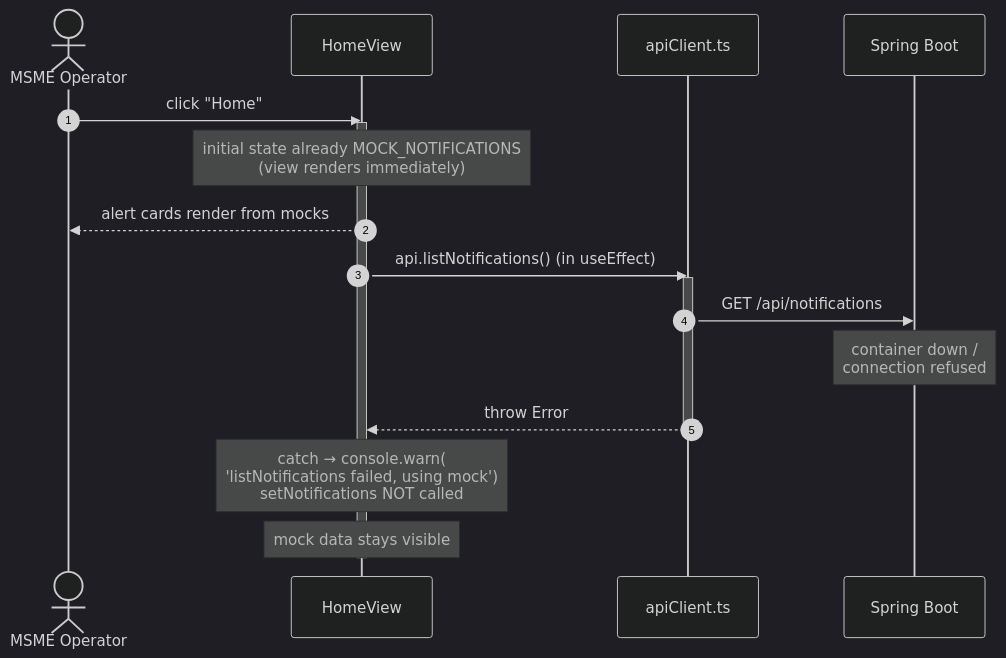
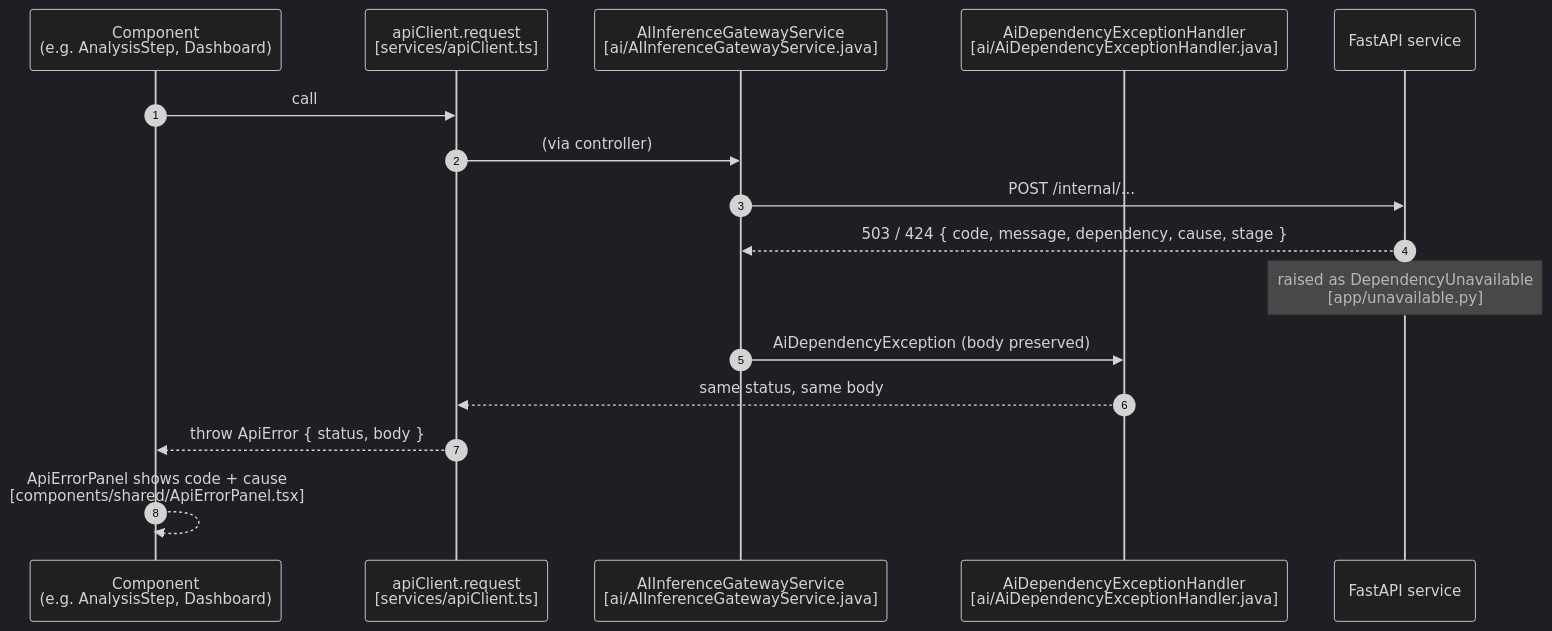
One commit to SherieHub/CeView changed the eighth of 8 diagrams in ARCHITECTURE.md. Above: the diagram before and after it, drawn with Mermaid (dark theme). The commit also changed other lines of this file and 38 other files, not shown here.

````diff
--- a/ARCHITECTURE.md
+++ b/ARCHITECTURE.md
@@ -363,22 +295,19 @@
 ```mermaid
 sequenceDiagram
     autonumber
-    actor U as MSME Operator
-    participant H as HomeView
-    participant API as apiClient.ts
-    participant SC as Spring Boot
+    participant UI as Component<br/>(e.g. AnalysisStep, Dashboard)
+    participant API as apiClient.request<br/>[services/apiClient.ts]
+    participant GW as AIInferenceGatewayService<br/>[ai/AIInferenceGatewayService.java]
+    participant H as AiDependencyExceptionHandler<br/>[ai/AiDependencyExceptionHandler.java]
+    participant PY as FastAPI service
 
-    U->>H: click "Home"
-    activate H
-    Note over H: initial state already MOCK_NOTIFICATIONS<br/>(view renders immediately)
-    H-->>U: alert cards render from mocks
-    H->>API: api.listNotifications()  (in useEffect)
-    activate API
-    API->>SC: GET /api/notifications
-    Note over SC: container down /<br/>connection refused
-    API-->>H: throw Error
-    deactivate API
-    Note over H: catch → console.warn(<br/>  'listNotifications failed, using mock')<br/>setNotifications NOT called
-    Note over H: mock data stays visible
-    deactivate H
+    UI->>API: call
+    API->>GW: (via controller)
+    GW->>PY: POST /internal/...
+    PY-->>GW: 503 / 424 { code, message, dependency, cause, stage }
+    Note over PY: raised as DependencyUnavailable<br/>[app/unavailable.py]
+    GW->>H: AiDependencyException (body preserved)
+    H-->>API: same status, same body
+    API-->>UI: throw ApiError { status, body }
+    UI-->>UI: ApiErrorPanel shows code + cause<br/>[components/shared/ApiErrorPanel.tsx]
 ```
````
